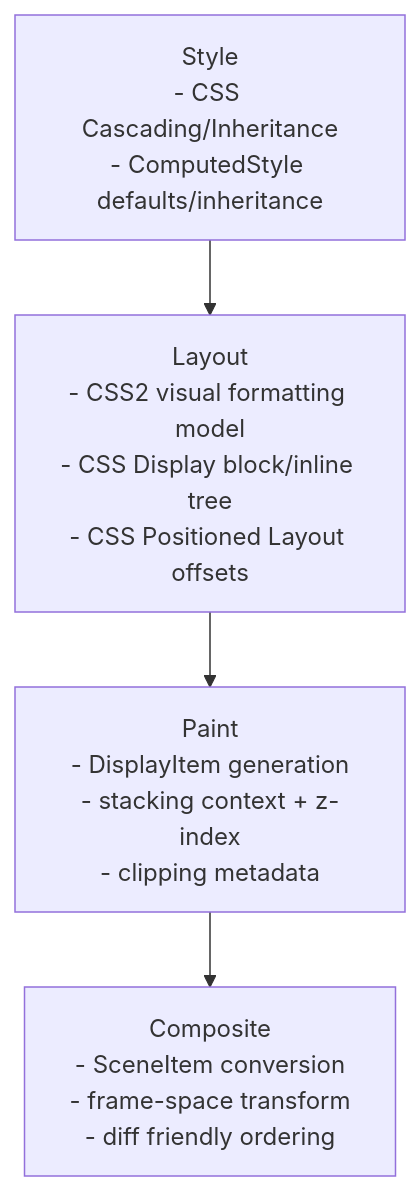
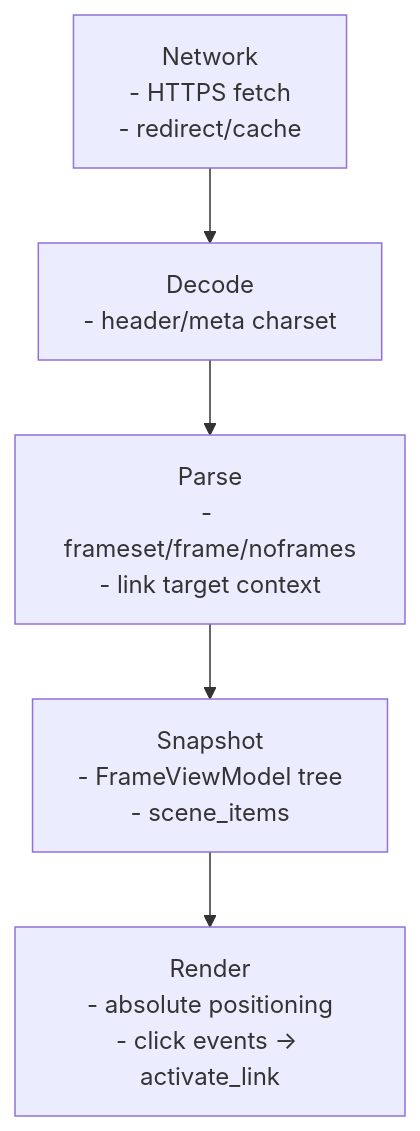
One commit to pkaiy81/CosmoBrowse changed the second of 2 diagrams in docs/architecture/render-pipeline.md. Above: the diagram before and after it, drawn with Mermaid. The commit also changed other lines of this file and 9 other files, not shown here.

````diff
--- a/docs/architecture/render-pipeline.md
+++ b/docs/architecture/render-pipeline.md
@@ -19,7 +19,7 @@
 ```mermaid
 flowchart TD
-  S[Style\n- CSS Cascading/Inheritance\n- ComputedStyle defaults/inheritance] -->
-  L[Layout\n- CSS2 visual formatting model\n- CSS Display block/inline tree\n- CSS Positioned Layout offsets]
-  L --> P[Paint\n- DisplayItem generation\n- stacking context + z-index\n- clipping metadata]
-  P --> C[Composite\n- SceneItem conversion\n- frame-space transform\n- diff friendly ordering]
+  N[Network\n- HTTPS fetch\n- redirect/cache] --> D[Decode\n- header/meta charset]
+  D --> P[Parse\n- frameset/frame/noframes\n- link target context]
+  P --> S[Snapshot\n- FrameViewModel tree\n- scene_items]
+  S --> R[Render\n- absolute positioning\n- click events -> activate_link]
 ```
````
